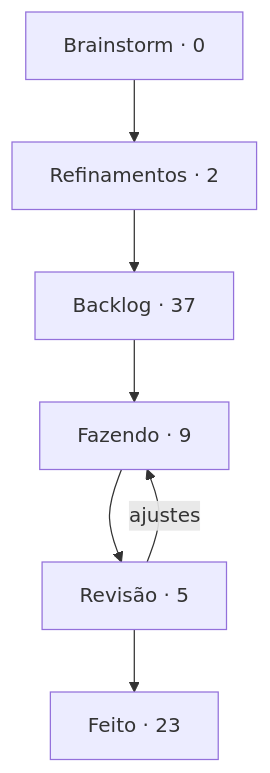
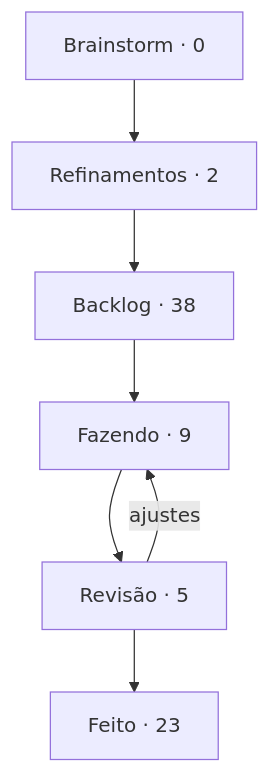
The diagram in boards/dungeon-bend/BOARD.md (StudioVibi/VibiKanban), drawn with Mermaid before and after one commit. The commit also changed other lines of this file and 3 other files, not shown here.

````diff
--- a/boards/dungeon-bend/BOARD.md
+++ b/boards/dungeon-bend/BOARD.md
@@ -5,12 +5,12 @@
 ```mermaid
 flowchart TD
   brainstorm["Brainstorm · 0"] --> refinamentos["Refinamentos · 2"]
-  refinamentos --> backlog["Backlog · 37"]
+  refinamentos --> backlog["Backlog · 38"]
   backlog --> doing["Fazendo · 9"]
   doing --> review["Revisão · 5"]
   review --> done["Feito · 23"]
   review -->|ajustes| doing
   doing:::blue
   review:::yellow
   done:::green
 ```
````
